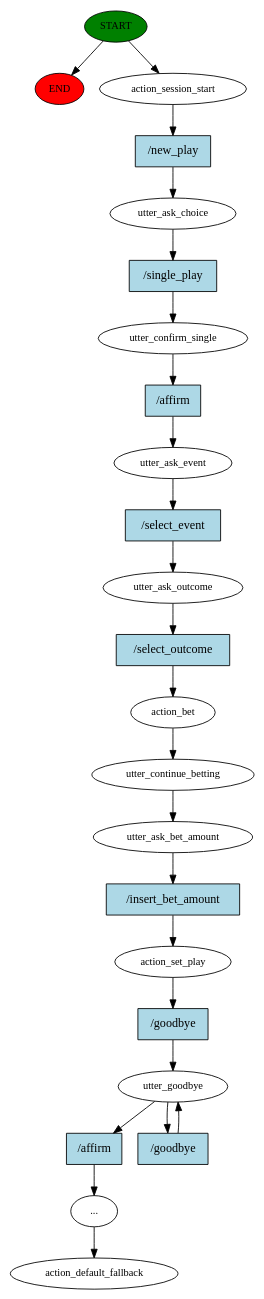
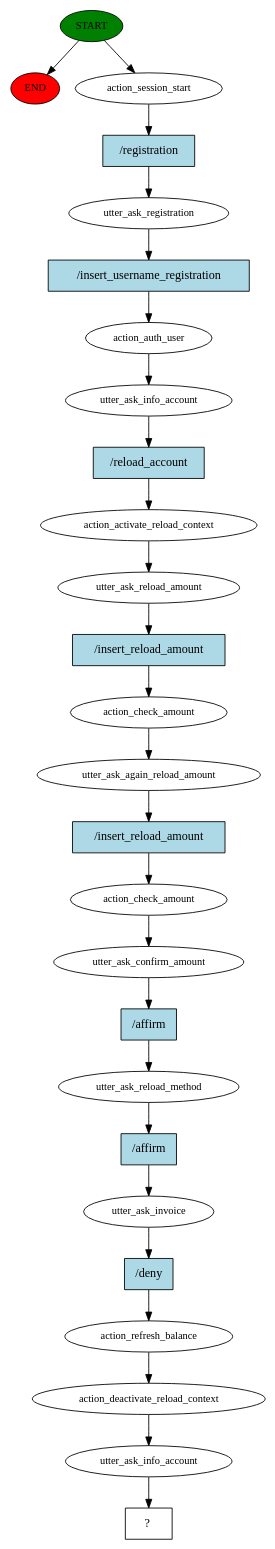
The diagram in story_graph.dot (MarcoCarraro-1/BetBot), drawn with Graphviz before and after one commit. The commit also changed 241 other files, not shown here.

Commit message:
Some improving in recognizing reload amount and bet amount, and registration and login

```diff
--- a/story_graph.dot
+++ b/story_graph.dot
@@ -1,48 +1,53 @@
 digraph  {
 0 [class="start active", fillcolor=green, fontsize=12, label=START, style=filled];
 "-1" [class=end, fillcolor=red, fontsize=12, label=END, style=filled];
 1 [class=active, fontsize=12, label=action_session_start];
-2 [class=active, fontsize=12, label=utter_ask_choice];
-3 [class=active, fontsize=12, label=utter_confirm_single];
-4 [class=active, fontsize=12, label=utter_ask_event];
-5 [class=active, fontsize=12, label=utter_ask_outcome];
-6 [class=active, fontsize=12, label=action_bet];
-7 [class=active, fontsize=12, label=utter_continue_betting];
-8 [class=active, fontsize=12, label=utter_ask_bet_amount];
-9 [class=active, fontsize=12, label=action_set_play];
-10 [class=active, fontsize=12, label=utter_goodbye];
-12 [class=active, fontsize=12, label="..."];
-13 [class="dashed active", fontsize=12, label=action_default_fallback];
-14 [class="intent active", fillcolor=lightblue, label="/new_play", shape=rect, style=filled];
-15 [class="intent active", fillcolor=lightblue, label="/single_play", shape=rect, style=filled];
-16 [class="intent active", fillcolor=lightblue, label="/affirm", shape=rect, style=filled];
-17 [class="intent active", fillcolor=lightblue, label="/select_event", shape=rect, style=filled];
-18 [class="intent active", fillcolor=lightblue, label="/select_outcome", shape=rect, style=filled];
-19 [class="intent active", fillcolor=lightblue, label="/insert_bet_amount", shape=rect, style=filled];
-20 [class="intent active", fillcolor=lightblue, label="/goodbye", shape=rect, style=filled];
-21 [class="intent active", fillcolor=lightblue, label="/affirm", shape=rect, style=filled];
-22 [class="intent active", fillcolor=lightblue, label="/goodbye", shape=rect, style=filled];
+2 [class=active, fontsize=12, label=utter_ask_registration];
+3 [class=active, fontsize=12, label=action_auth_user];
+4 [class=active, fontsize=12, label=utter_ask_info_account];
+5 [class=active, fontsize=12, label=action_activate_reload_context];
+6 [class=active, fontsize=12, label=utter_ask_reload_amount];
+7 [class=active, fontsize=12, label=action_check_amount];
+8 [class=active, fontsize=12, label=utter_ask_again_reload_amount];
+9 [class=active, fontsize=12, label=action_check_amount];
+10 [class=active, fontsize=12, label=utter_ask_confirm_amount];
+11 [class=active, fontsize=12, label=utter_ask_reload_method];
+12 [class=active, fontsize=12, label=utter_ask_invoice];
+13 [class=active, fontsize=12, label=action_refresh_balance];
+14 [class=active, fontsize=12, label=action_deactivate_reload_context];
+15 [class=active, fontsize=12, label=utter_ask_info_account];
+16 [class="intent dashed active", label="  ?  ", shape=rect];
+17 [class="intent active", fillcolor=lightblue, label="/registration", shape=rect, style=filled];
+18 [class="intent active", fillcolor=lightblue, label="/insert_username_registration", shape=rect, style=filled];
+19 [class="intent active", fillcolor=lightblue, label="/reload_account", shape=rect, style=filled];
+20 [class="intent active", fillcolor=lightblue, label="/insert_reload_amount", shape=rect, style=filled];
+21 [class="intent active", fillcolor=lightblue, label="/insert_reload_amount", shape=rect, style=filled];
+22 [class="intent active", fillcolor=lightblue, label="/affirm", shape=rect, style=filled];
+23 [class="intent active", fillcolor=lightblue, label="/affirm", shape=rect, style=filled];
+24 [class="intent active", fillcolor=lightblue, label="/deny", shape=rect, style=filled];
 0 -> "-1"  [class="", key=NONE, label=""];
 0 -> 1  [class=active, key=NONE, label=""];
-1 -> 14  [class=active, key=0];
-2 -> 15  [class=active, key=0];
-3 -> 16  [class=active, key=0];
-4 -> 17  [class=active, key=0];
-5 -> 18  [class=active, key=0];
-6 -> 7  [class=active, key=NONE, label=""];
+1 -> 17  [class=active, key=0];
+2 -> 18  [class=active, key=0];
+3 -> 4  [class=active, key=NONE, label=""];
+4 -> 19  [class=active, key=0];
+5 -> 6  [class=active, key=NONE, label=""];
+6 -> 20  [class=active, key=0];
 7 -> 8  [class=active, key=NONE, label=""];
-8 -> 19  [class=active, key=0];
-9 -> 20  [class=active, key=0];
-10 -> 21  [class=active, key=0];
+8 -> 21  [class=active, key=0];
+9 -> 10  [class=active, key=NONE, label=""];
 10 -> 22  [class=active, key=0];
-12 -> 13  [class=active, key=NONE, label=""];
-14 -> 2  [class=active, key=0];
-15 -> 3  [class=active, key=0];
-16 -> 4  [class=active, key=0];
-17 -> 5  [class=active, key=0];
-18 -> 6  [class=active, key=0];
-19 -> 9  [class=active, key=0];
-20 -> 10  [class=active, key=0];
-21 -> 12  [class=active, key=0];
-22 -> 10  [class=active, key=0];
+11 -> 23  [class=active, key=0];
+12 -> 24  [class=active, key=0];
+13 -> 14  [class=active, key=NONE, label=""];
+14 -> 15  [class=active, key=NONE, label=""];
+15 -> 16  [class=active, key=NONE, label=""];
+17 -> 2  [class=active, key=0];
+18 -> 3  [class=active, key=0];
+19 -> 5  [class=active, key=0];
+20 -> 7  [class=active, key=0];
+21 -> 9  [class=active, key=0];
+22 -> 11  [class=active, key=0];
+23 -> 12  [class=active, key=0];
+24 -> 13  [class=active, key=0];
 }
```
